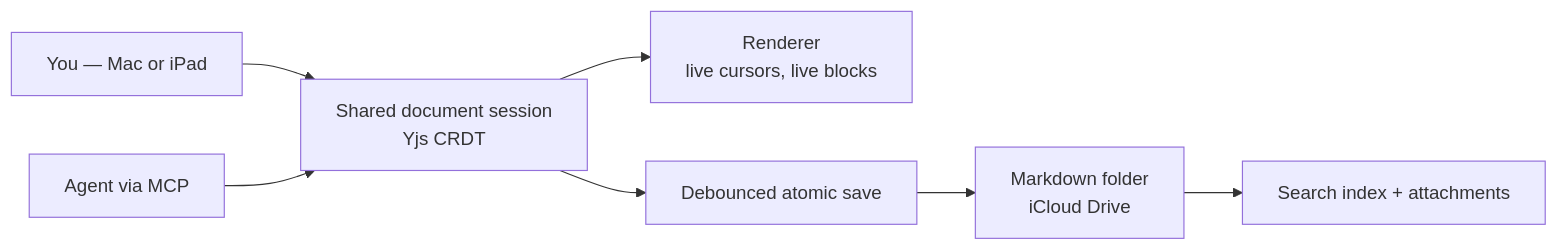
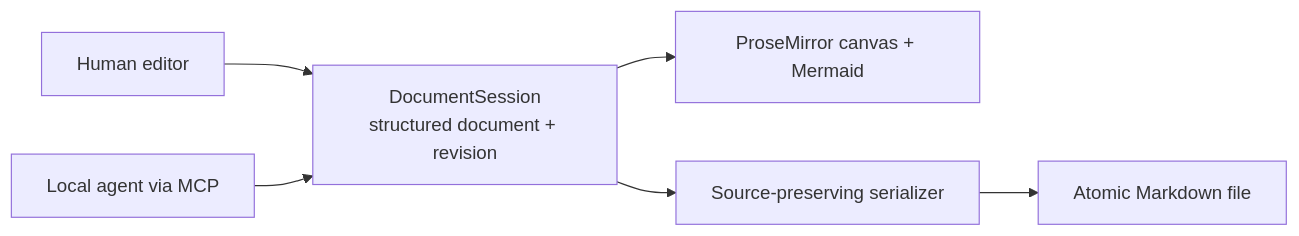
The first of 2 diagrams in docs/COLLABORATION.md (StevenRidder/simplemark-ci), drawn with Mermaid before and after one commit. The commit also changed other lines of this file and 20 other files, not shown here.

````diff
--- a/docs/COLLABORATION.md
+++ b/docs/COLLABORATION.md
@@ -95,9 +94,8 @@
 ```mermaid
 flowchart LR
-  H["You — Mac or iPad"] --> C["Shared document session<br/>Yjs CRDT"]
-  A["Agent via MCP"] --> C
-  C --> R["Renderer<br/>live cursors, live blocks"]
-  C --> S["Debounced atomic save"]
-  S --> V["Markdown folder<br/>iCloud Drive"]
-  V --> I["Search index + attachments"]
+  H["Human editor"] --> D["DocumentSession<br/>structured document + revision"]
+  A["Local agent via MCP"] --> D
+  D --> R["ProseMirror canvas + Mermaid"]
+  D --> S["Source-preserving serializer"]
+  S --> F["Atomic Markdown file"]
 ```
````
